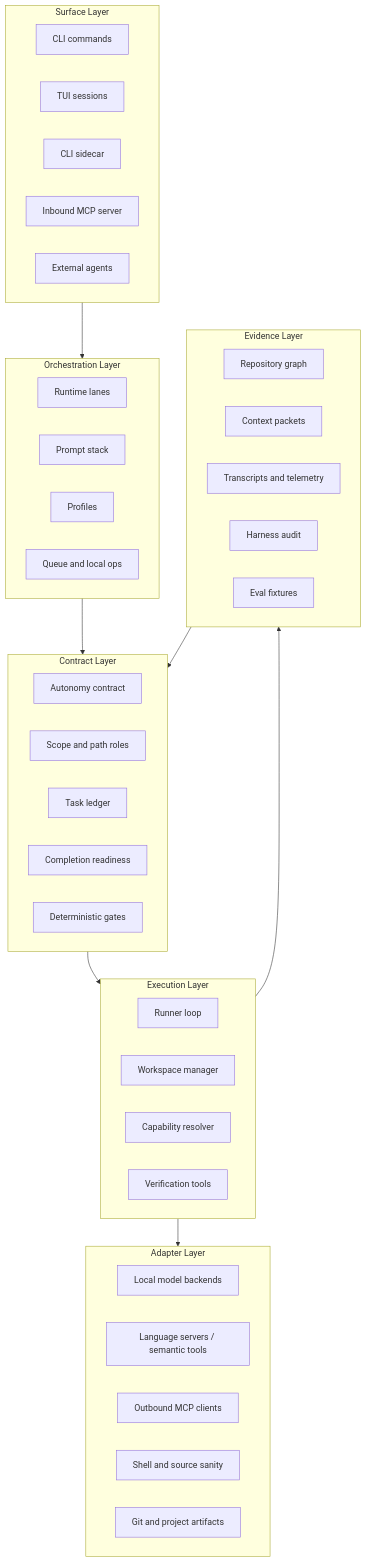
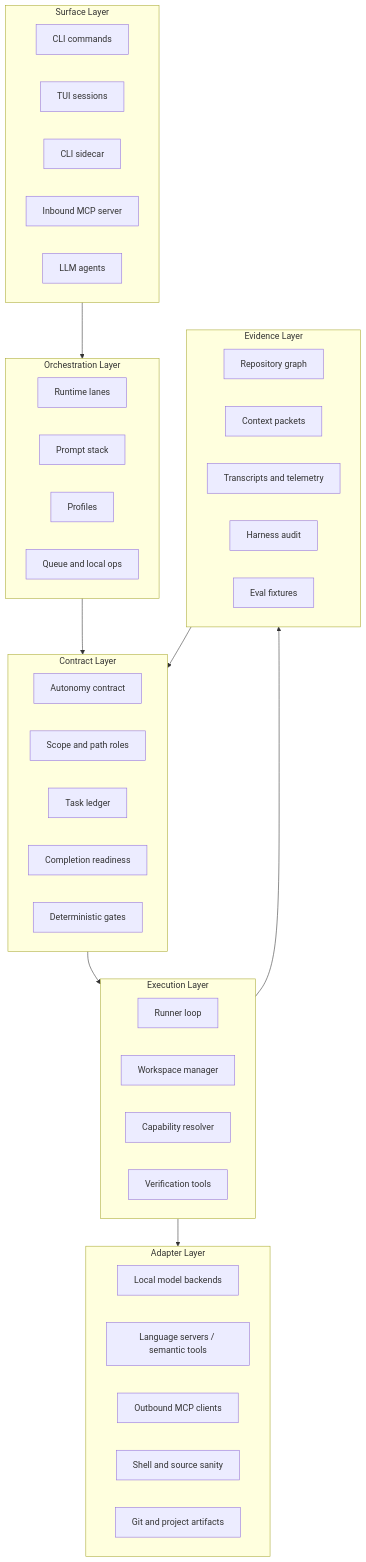
One commit to BLuchterhand/Idiom changed the first of 2 diagrams in docs/obsidian-export/docs/obsidian/03 - Architecture Layers.md. Above: the diagram before and after it, drawn with Mermaid. The commit also changed other lines of this file and 50 other files, not shown here.

````diff
--- a/docs/obsidian-export/docs/obsidian/03 - Architecture Layers.md
+++ b/docs/obsidian-export/docs/obsidian/03 - Architecture Layers.md
@@ -17,55 +17,55 @@
 ```mermaid
 flowchart TB
     subgraph Surface["Surface Layer"]
         CLI["CLI commands"]
         TUI["TUI sessions"]
         Sidecar["CLI sidecar"]
         InboundMCP["Inbound MCP server"]
-        Agents["External agents"]
+        Agents["LLM agents"]
     end
 
     subgraph Orchestration["Orchestration Layer"]
         Lanes["Runtime lanes"]
         PromptStack["Prompt stack"]
         Profiles["Profiles"]
         Queue["Queue and local ops"]
     end
 
     subgraph Contract["Contract Layer"]
         Autonomy["Autonomy contract"]
         Scope["Scope and path roles"]
         Ledger["Task ledger"]
         Readiness["Completion readiness"]
         Gates["Deterministic gates"]
     end
 
     subgraph Execution["Execution Layer"]
         Runner["Runner loop"]
         Workspace["Workspace manager"]
         Capabilities["Capability resolver"]
         Verification["Verification tools"]
     end
 
     subgraph Evidence["Evidence Layer"]
         Graph["Repository graph"]
         Packets["Context packets"]
         Logs["Transcripts and telemetry"]
         Audit["Harness audit"]
         Eval["Eval fixtures"]
     end
 
     subgraph Adapters["Adapter Layer"]
         Backends["Local model backends"]
         Language["Language servers / semantic tools"]
         OutboundMCP["Outbound MCP clients"]
         Shell["Shell and source sanity"]
         Git["Git and project artifacts"]
     end
 
     Surface --> Orchestration
     Orchestration --> Contract
     Contract --> Execution
     Execution --> Evidence
     Execution --> Adapters
     Evidence --> Contract
 ```
````
